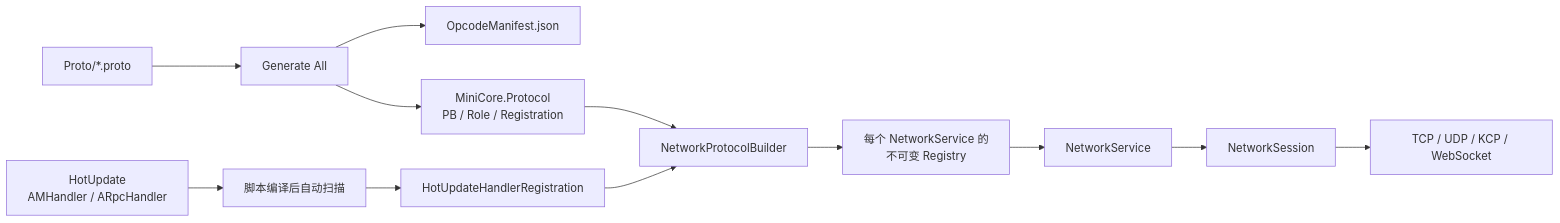
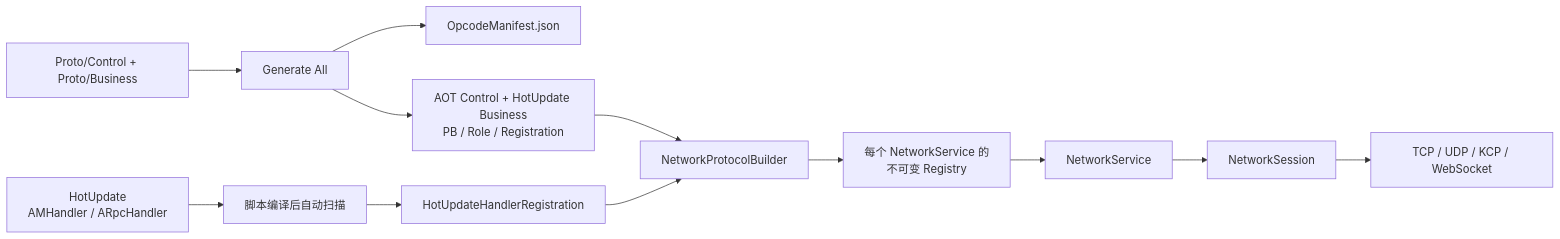
One commit to ForGetMyGirl/MiniCore changed the diagram in Docs/NetworkLayerAnalysis.md. Above: the diagram before and after it, drawn with Mermaid. The commit also changed other lines of this file and 1962 other files, not shown here.

First line of the commit message:
做了一个多服的架构，强制增加一个Coordinator的服务器（在作为DedicatedServer时必须部署此服务器作为服务发现）。 主要改动： 增加了 DBServer\AuthServer的.net工程（基于.NET10+EFCORE），作为可选服务器（单机或者用不到可以不用构建，架构不强制绑定，但是Coordinator强制绑定服务端架构，也就是必须有）； 重构 MiniCore 程序集与热更新架构

````diff
--- a/Docs/NetworkLayerAnalysis.md
+++ b/Docs/NetworkLayerAnalysis.md
@@ -17,14 +18,14 @@
 ```mermaid
 flowchart LR
-    Proto["Proto/*.proto"] --> PGen["Generate All"]
+    Proto["Proto/Control + Proto/Business"] --> PGen["Generate All"]
     PGen --> Manifest["OpcodeManifest.json"]
-    PGen --> Protocol["MiniCore.Protocol\nPB / Role / Registration"]
+    PGen --> Protocol["AOT Control + HotUpdate Business\nPB / Role / Registration"]
     Handler["HotUpdate\nAMHandler / ARpcHandler"] --> Scan["脚本编译后自动扫描"]
     Scan --> HReg["HotUpdateHandlerRegistration"]
     Protocol --> Builder["NetworkProtocolBuilder"]
     HReg --> Builder
     Builder --> Registry["每个 NetworkService 的\n不可变 Registry"]
     Registry --> Net["NetworkService"]
     Net --> Session["NetworkSession"]
     Session --> Transport["TCP / UDP / KCP / WebSocket"]
 ```
````
